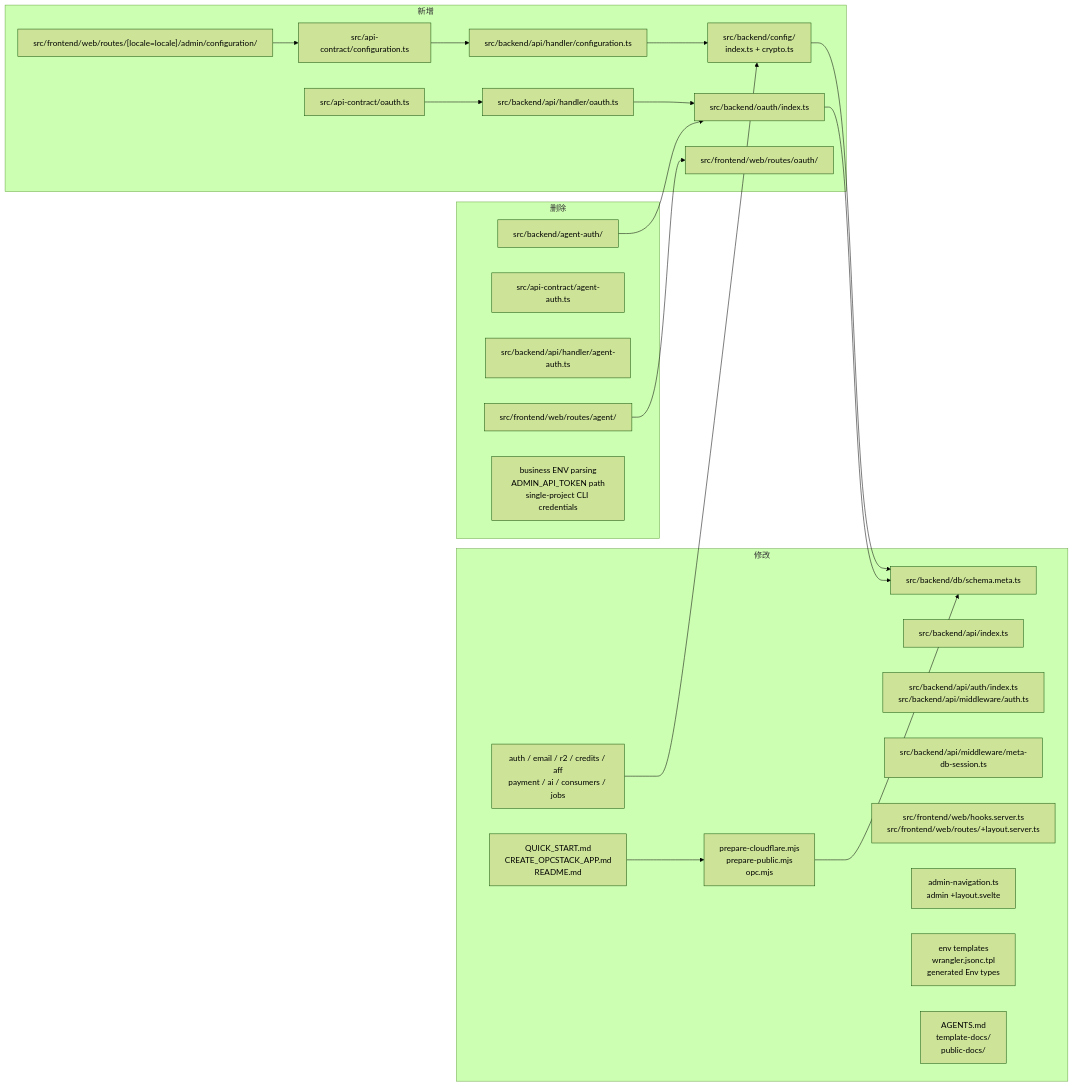
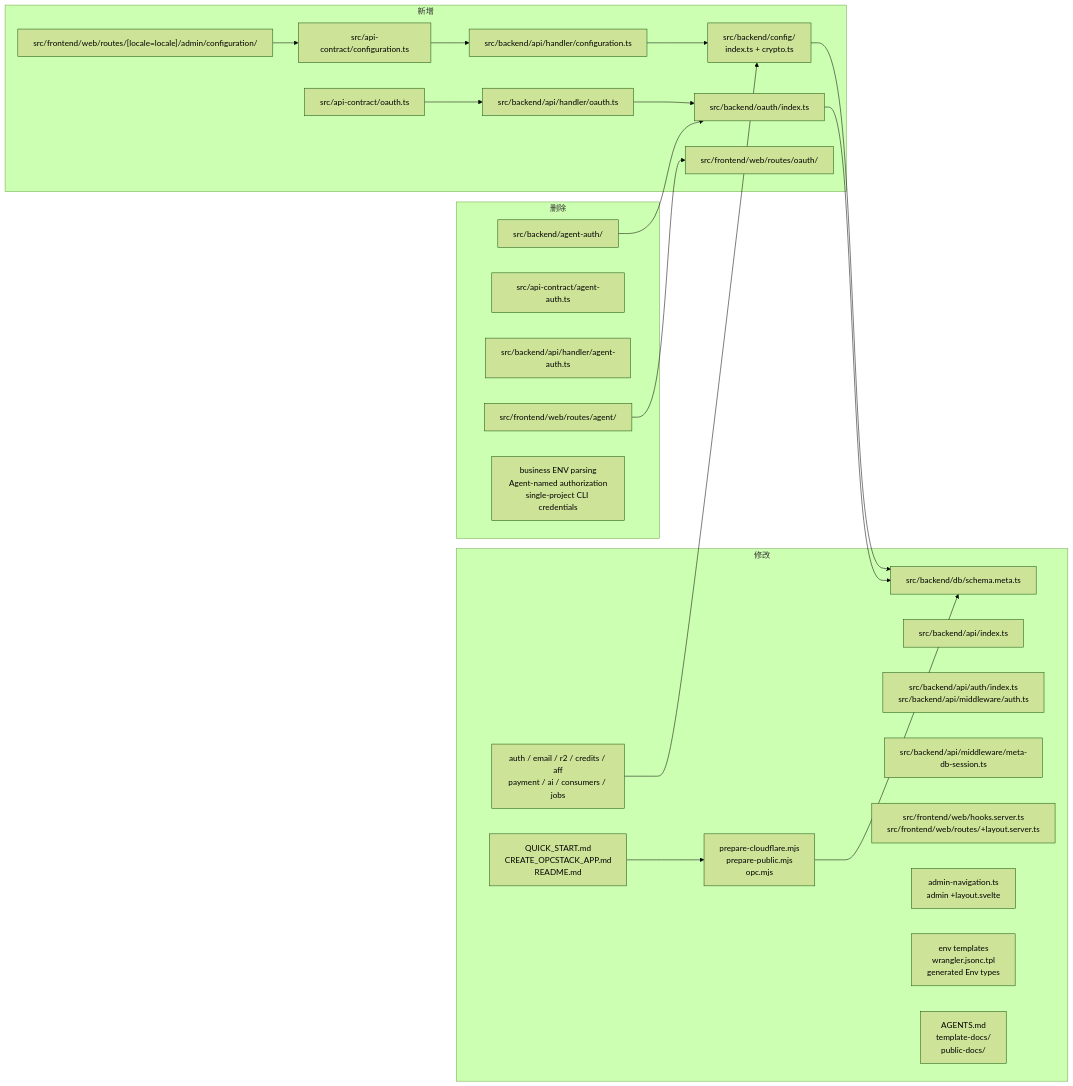
The third of 11 diagrams in docs/v025/tech-design.md (glidea/opcstack), drawn with Mermaid (forest theme) before and after one commit. The commit also changed other lines of this file and 39 other files, not shown here.

````diff
--- a/docs/v025/tech-design.md
+++ b/docs/v025/tech-design.md
@@ -1118,48 +1118,48 @@
 ```mermaid
 flowchart LR
   subgraph New["新增"]
     ConfigModule["src/backend/config/<br/>index.ts + crypto.ts"]
     ConfigContract["src/api-contract/configuration.ts"]
     ConfigHandler["src/backend/api/handler/configuration.ts"]
     ConfigPages["src/frontend/web/routes/[locale=locale]/admin/configuration/"]
     OAuthModule["src/backend/oauth/index.ts"]
     OAuthContract["src/api-contract/oauth.ts"]
     OAuthHandler["src/backend/api/handler/oauth.ts"]
     OAuthPages["src/frontend/web/routes/oauth/"]
   end
 
   subgraph Modify["修改"]
     MetaSchema["src/backend/db/schema.meta.ts"]
     ApiRoutes["src/backend/api/index.ts"]
     Auth["src/backend/api/auth/index.ts<br/>src/backend/api/middleware/auth.ts"]
     MetaSession["src/backend/api/middleware/meta-db-session.ts"]
     WebRuntime["src/frontend/web/hooks.server.ts<br/>src/frontend/web/routes/+layout.server.ts"]
     AdminNav["admin-navigation.ts<br/>admin +layout.svelte"]
     Domains["auth / email / r2 / credits / aff<br/>payment / ai / consumers / jobs"]
     PrepareScripts["prepare-cloudflare.mjs<br/>prepare-public.mjs<br/>opc.mjs"]
     EnvFiles["env templates<br/>wrangler.jsonc.tpl<br/>generated Env types"]
     CreateGuides["QUICK_START.md<br/>CREATE_OPCSTACK_APP.md<br/>README.md"]
     Docs["AGENTS.md<br/>template-docs/<br/>public-docs/"]
   end
 
   subgraph Delete["删除"]
     AgentModule["src/backend/agent-auth/"]
     AgentContract["src/api-contract/agent-auth.ts"]
     AgentHandler["src/backend/api/handler/agent-auth.ts"]
     AgentPages["src/frontend/web/routes/agent/"]
-    OldConfig["business ENV parsing<br/>ADMIN_API_TOKEN path<br/>single-project CLI credentials"]
+    OldConfig["business ENV parsing<br/>Agent-named authorization<br/>single-project CLI credentials"]
   end
 
   ConfigContract --> ConfigHandler
   ConfigHandler --> ConfigModule
   ConfigModule --> MetaSchema
   ConfigPages --> ConfigContract
   OAuthContract --> OAuthHandler
   OAuthHandler --> OAuthModule
   OAuthModule --> MetaSchema
   AgentModule --> OAuthModule
   AgentPages --> OAuthPages
   Domains --> ConfigModule
   PrepareScripts --> MetaSchema
   CreateGuides --> PrepareScripts
 ```
````
